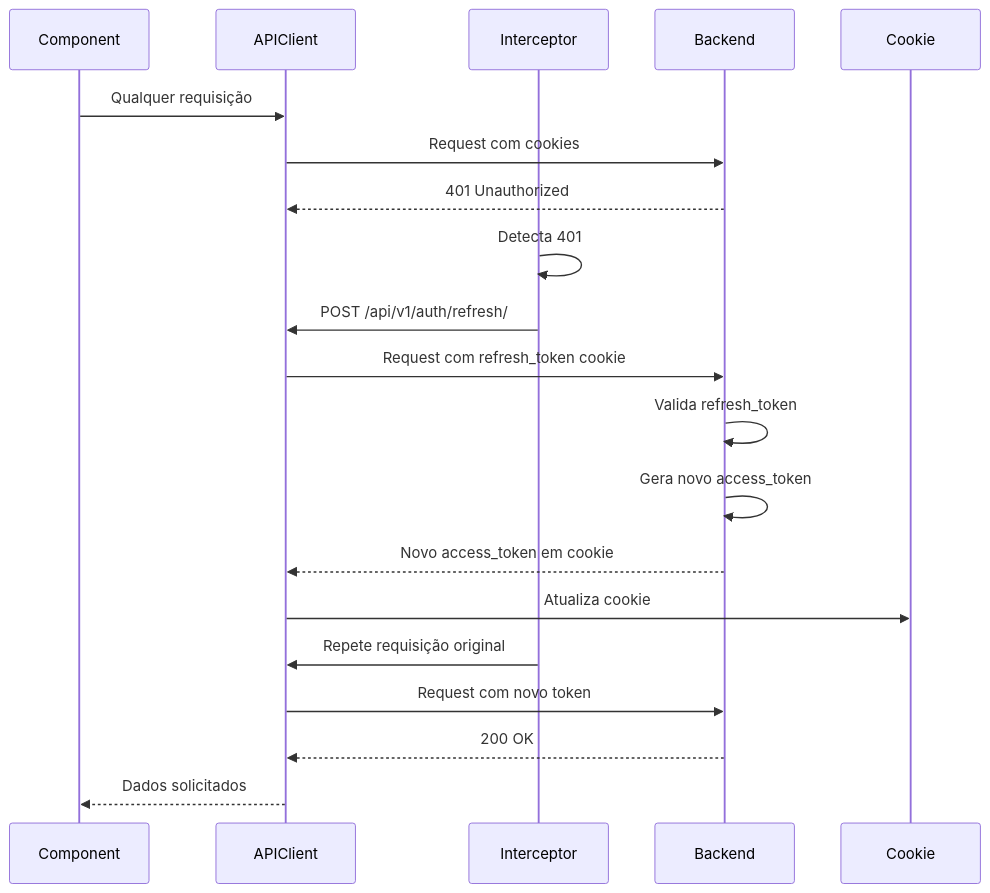
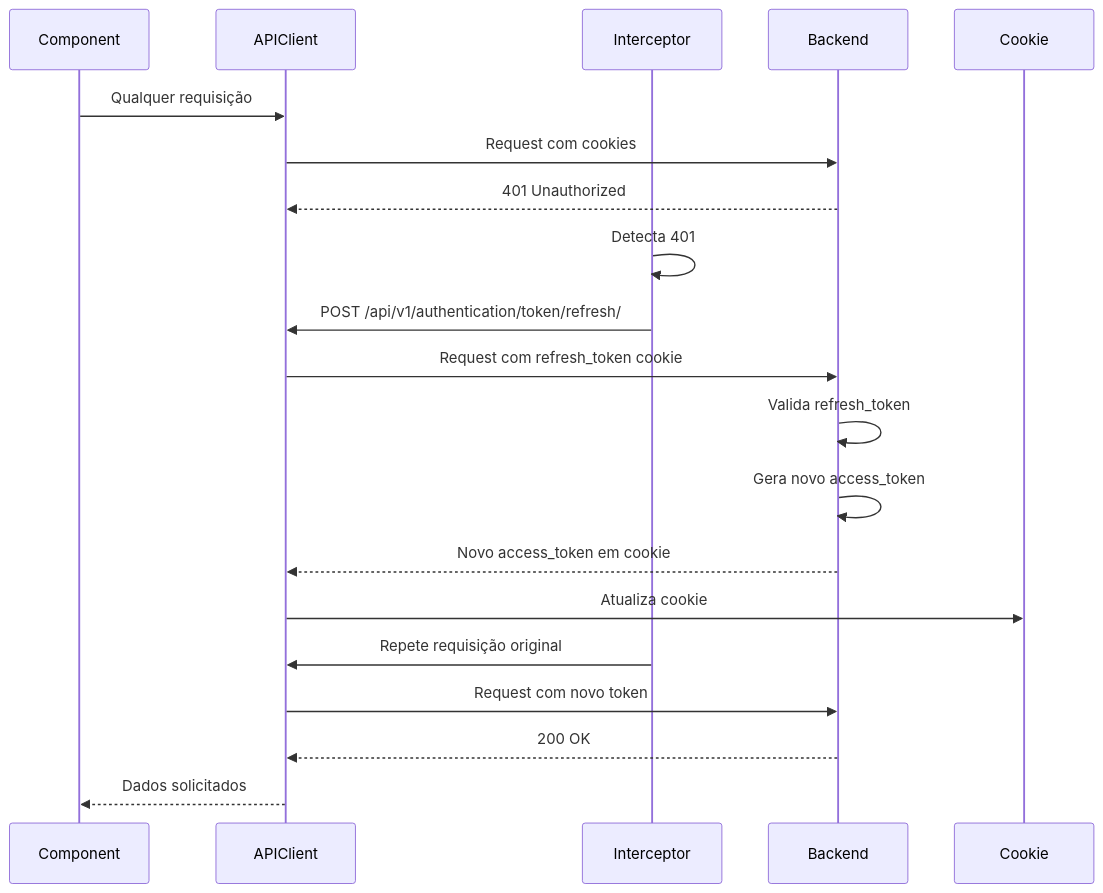
The second of 13 diagrams in documentation/architecture/data_flow.md (tarcisioribeiro/Axiom), drawn with Mermaid before and after one commit. The commit also changed other lines of this file and 41 other files, not shown here.

````diff
--- a/documentation/architecture/data_flow.md
+++ b/documentation/architecture/data_flow.md
@@ -93,27 +93,27 @@
 ```mermaid
 sequenceDiagram
     participant Component
     participant APIClient
     participant Interceptor
     participant Backend
     participant Cookie
 
     Component->>APIClient: Qualquer requisição
     APIClient->>Backend: Request com cookies
     Backend-->>APIClient: 401 Unauthorized
 
     Interceptor->>Interceptor: Detecta 401
-    Interceptor->>APIClient: POST /api/v1/auth/refresh/
+    Interceptor->>APIClient: POST /api/v1/authentication/token/refresh/
     APIClient->>Backend: Request com refresh_token cookie
 
     Backend->>Backend: Valida refresh_token
     Backend->>Backend: Gera novo access_token
     Backend-->>APIClient: Novo access_token em cookie
 
     APIClient->>Cookie: Atualiza cookie
     Interceptor->>APIClient: Repete requisição original
     APIClient->>Backend: Request com novo token
     Backend-->>APIClient: 200 OK
 
     APIClient-->>Component: Dados solicitados
 ```
````
